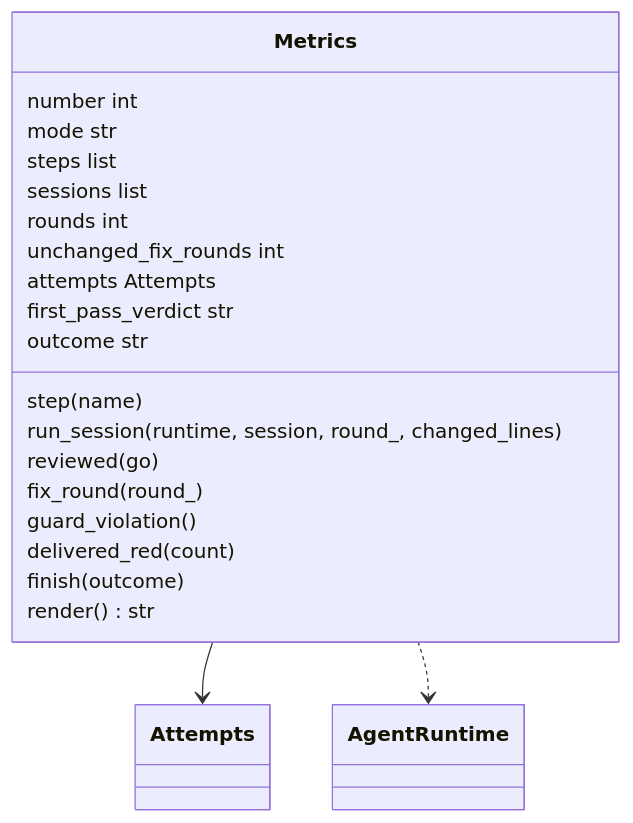
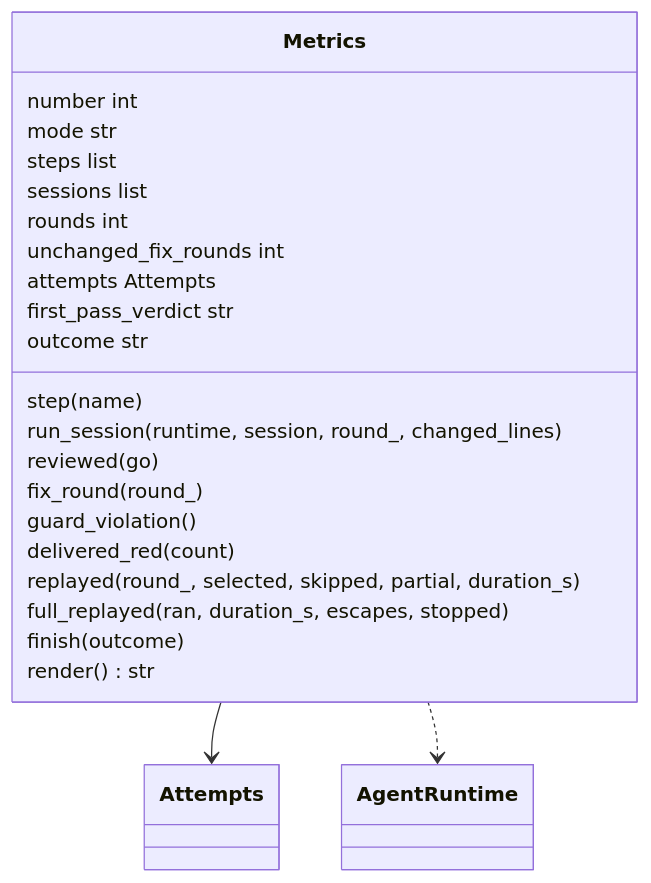
Before and after one commit to plaplanche/ariane: the second of 3 diagrams in docs/architecture/modules/metrics.md, drawn with Mermaid. The commit also changed other lines of this file and 41 other files, not shown here.

Commit message:
#186: Sampled full replay, escapes and escape rate in ariane report (C9, C19)

````diff
--- a/docs/architecture/modules/metrics.md
+++ b/docs/architecture/modules/metrics.md
@@ -37,24 +39,26 @@
 ```mermaid
 classDiagram
 class Metrics {
   number int
   mode str
   steps list
   sessions list
   rounds int
   unchanged_fix_rounds int
   attempts Attempts
   first_pass_verdict str
   outcome str
   step(name)
   run_session(runtime, session, round_, changed_lines)
   reviewed(go)
   fix_round(round_)
   guard_violation()
   delivered_red(count)
+  replayed(round_, selected, skipped, partial, duration_s)
+  full_replayed(ran, duration_s, escapes, stopped)
   finish(outcome)
   render() str
 }
 Metrics --> Attempts
 Metrics ..> AgentRuntime
 ```
````
